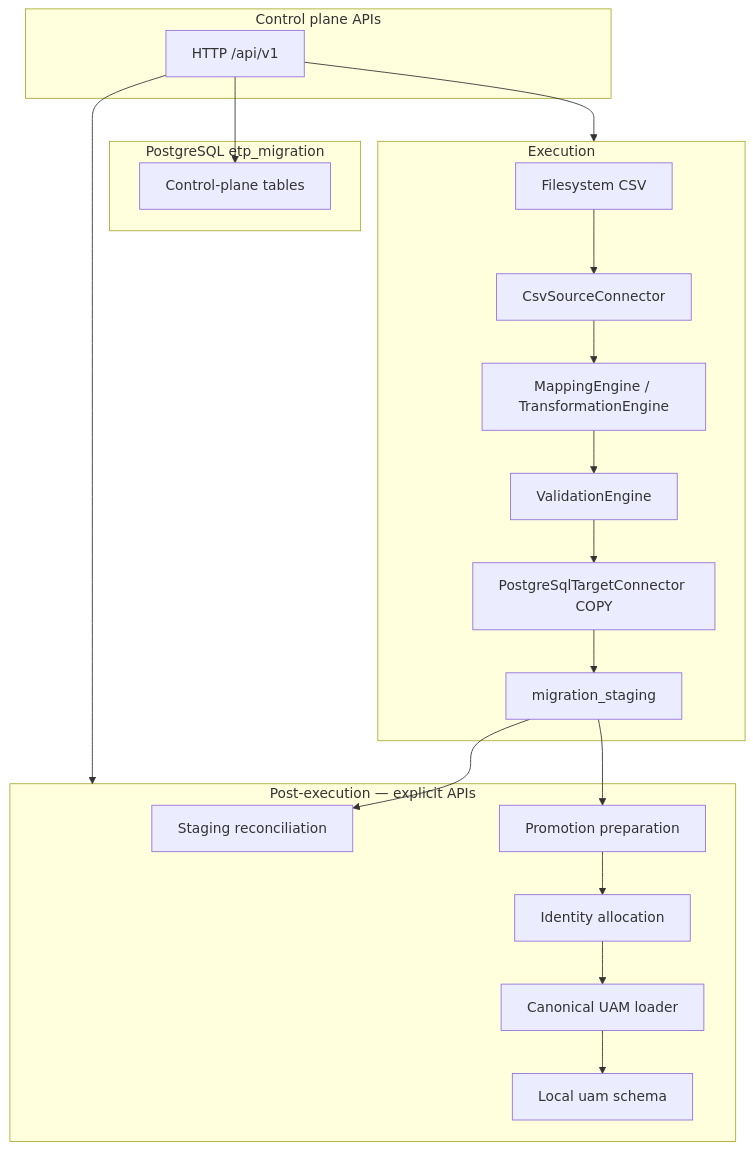
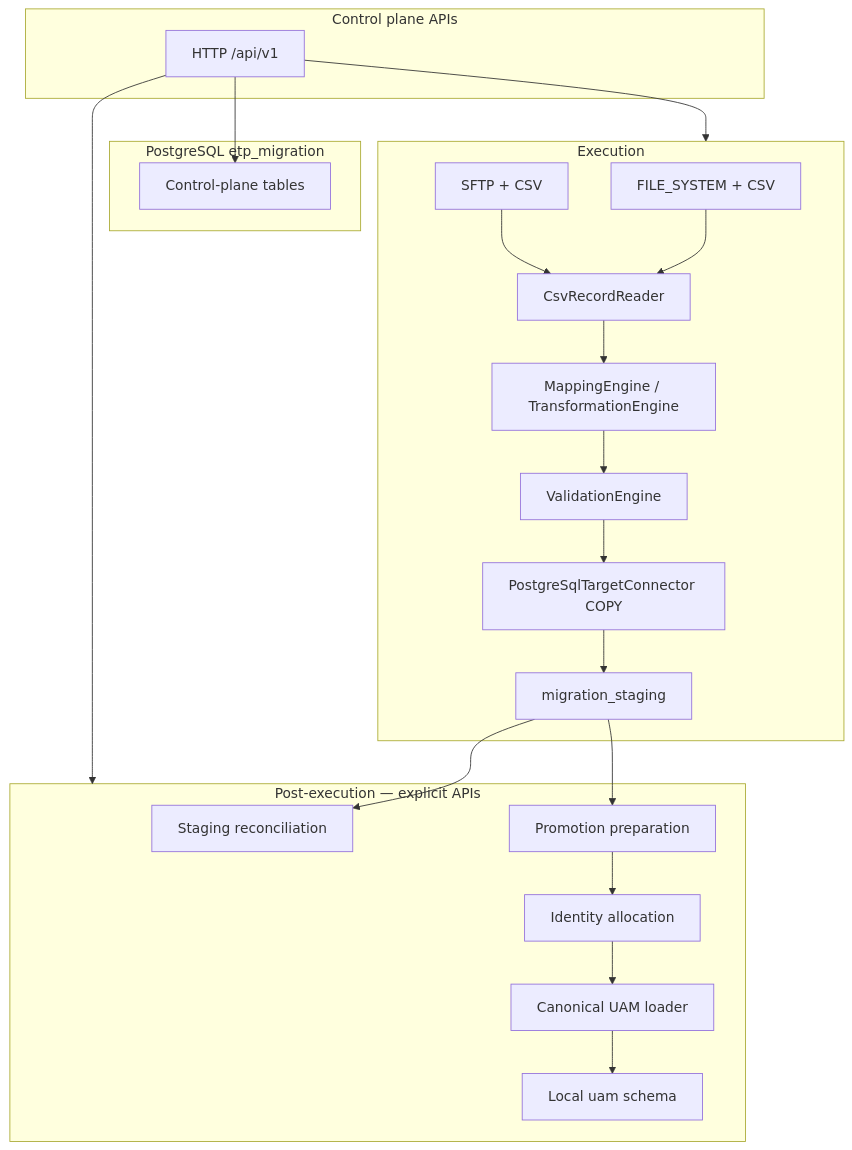
The first of 3 diagrams in capabilities/etp-migration/docs/ARCHITECTURE.md (balanagarajan12/project-beta), drawn with Mermaid before and after one commit. The commit also changed other lines of this file and 177 other files, not shown here.

````diff
--- a/capabilities/etp-migration/docs/ARCHITECTURE.md
+++ b/capabilities/etp-migration/docs/ARCHITECTURE.md
@@ -112,30 +112,33 @@
 ```mermaid
 flowchart TD
   subgraph control [Control plane APIs]
     API[HTTP /api/v1]
   end
   subgraph db [PostgreSQL etp_migration]
     CP[Control-plane tables]
   end
   subgraph exec [Execution]
-    SRC[Filesystem CSV]
-    SC[CsvSourceConnector]
+    FS[FILE_SYSTEM + CSV]
+    SFTP[SFTP + CSV]
+    CSV[CsvRecordReader]
     MAP[MappingEngine / TransformationEngine]
     VAL[ValidationEngine]
     TC[PostgreSqlTargetConnector COPY]
     STG[migration_staging]
   end
   subgraph post [Post-execution — explicit APIs]
     REC[Staging reconciliation]
     PREP[Promotion preparation]
     ID[Identity allocation]
     PRO[Canonical UAM loader]
     UAM[Local uam schema]
   end
   API --> CP
   API --> exec
   API --> post
-  SRC --> SC --> MAP --> VAL --> TC --> STG
+  FS --> CSV
+  SFTP --> CSV
+  CSV --> MAP --> VAL --> TC --> STG
   STG --> REC
   STG --> PREP --> ID --> PRO --> UAM
 ```
````
